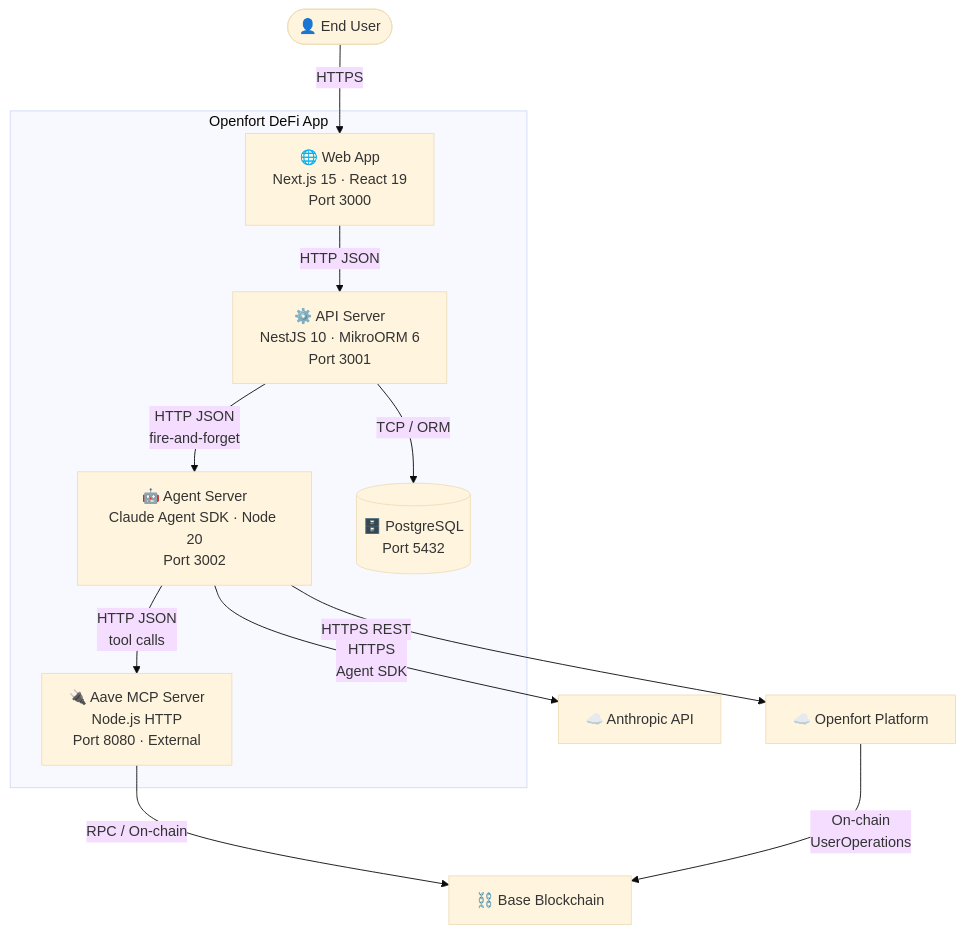
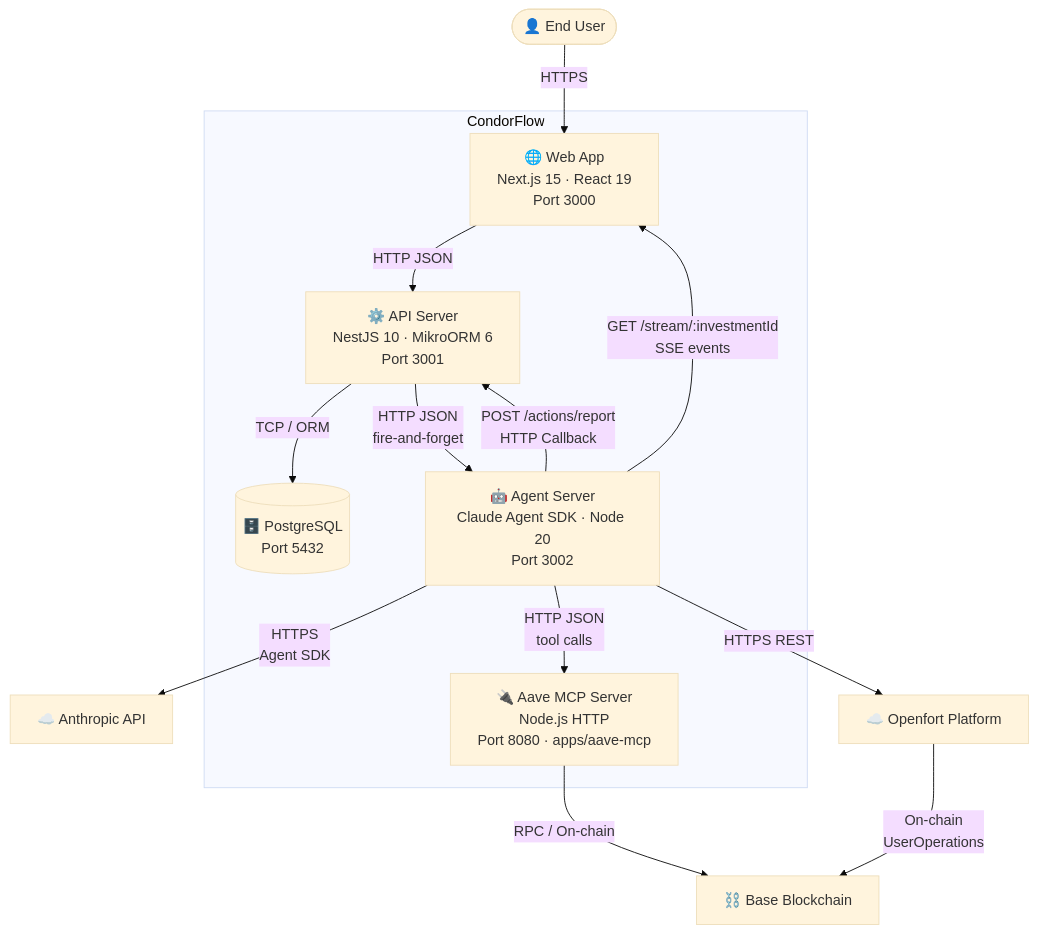
The second of 9 diagrams in docs/architecture.md (DMarchikhin/openfront-hackaton), drawn with Mermaid (base theme) before and after one commit. The commit also changed other lines of this file and 4 other files, not shown here.

Commit message:
Update doc architecture create slides

````diff
--- a/docs/architecture.md
+++ b/docs/architecture.md
@@ -53,26 +60,28 @@
 ```mermaid
 flowchart TB
     User(["👤 End User"])
 
-    subgraph System["Openfort DeFi App"]
+    subgraph System["CondorFlow"]
         Web["🌐 Web App\nNext.js 15 · React 19\nPort 3000"]
         API["⚙️ API Server\nNestJS 10 · MikroORM 6\nPort 3001"]
         Agent["🤖 Agent Server\nClaude Agent SDK · Node 20\nPort 3002"]
         DB[("🗄️ PostgreSQL\nPort 5432")]
-        AaveMCP["🔌 Aave MCP Server\nNode.js HTTP\nPort 8080 · External"]
+        AaveMCP["🔌 Aave MCP Server\nNode.js HTTP\nPort 8080 · apps/aave-mcp"]
     end
 
     Anthropic["☁️ Anthropic API"]
     Openfort["☁️ Openfort Platform"]
     Base["⛓️ Base Blockchain"]
 
     User -- "HTTPS" --> Web
     Web -- "HTTP JSON" --> API
     API -- "TCP / ORM" --> DB
     API -- "HTTP JSON\nfire-and-forget" --> Agent
     Agent -- "HTTPS\nAgent SDK" --> Anthropic
     Agent -- "HTTP JSON\ntool calls" --> AaveMCP
     Agent -- "HTTPS REST" --> Openfort
+    Agent -- "GET /stream/:investmentId\nSSE events" --> Web
+    Agent -- "POST /actions/report\nHTTP Callback" --> API
     AaveMCP -- "RPC / On-chain" --> Base
     Openfort -- "On-chain\nUserOperations" --> Base
 ```
````
